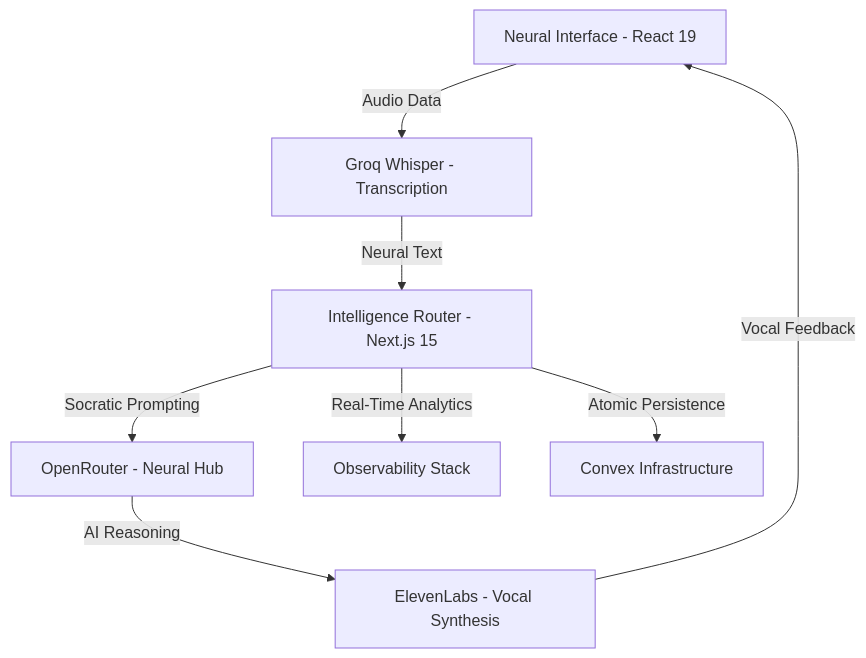
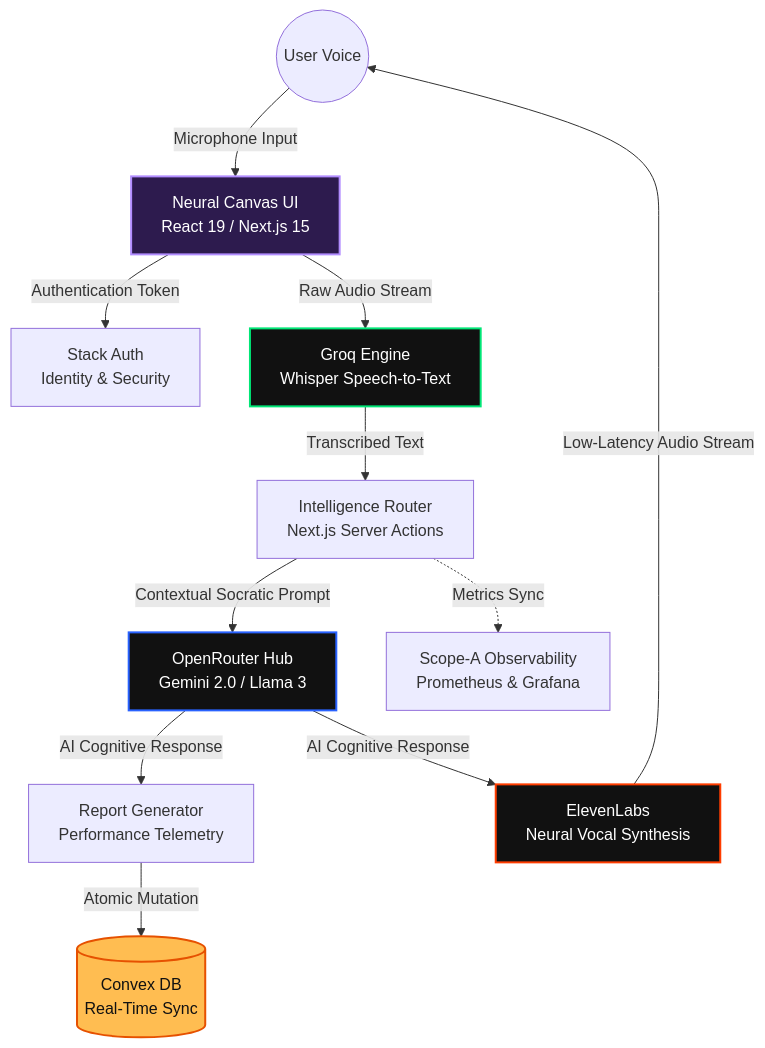
Before and after one commit to shreybansal365/Voce.AI: the diagram in README.md, drawn with Mermaid. The commit also changed other lines of this file, not shown here.

````diff
--- a/README.md
+++ b/README.md
@@ -16,10 +27,30 @@
 ```mermaid
 graph TD
-    A[Neural Interface - React 19] -->|Audio Data| B[Groq Whisper - Transcription]
-    B -->|Neural Text| C[Intelligence Router - Next.js 15]
-    C -->|Socratic Prompting| D[OpenRouter - Neural Hub]
-    D -->|AI Reasoning| E[ElevenLabs - Vocal Synthesis]
-    E -->|Vocal Feedback| A
-    C -->|Real-Time Analytics| F[Observability Stack]
-    C -->|Atomic Persistence| G[Convex Infrastructure]
+    %% User Interaction Layer
+    User((User Voice)) -->|Microphone Input| A[Neural Canvas UI<br/>React 19 / Next.js 15]
+    
+    %% Audio & Identity Pipeline
+    A -->|Authentication Token| Stack[Stack Auth<br/>Identity & Security]
+    A -->|Raw Audio Stream| Groq[Groq Engine<br/>Whisper Speech-to-Text]
+    
+    %% Core Intelligence Engine
+    Groq -->|Transcribed Text| Router[Intelligence Router<br/>Next.js Server Actions]
+    Router -->|Contextual Socratic Prompt| OR[OpenRouter Hub<br/>Gemini 2.0 / Llama 3]
+    
+    %% Synthesis & Analytics Pipeline
+    OR -->|AI Cognitive Response| Feedback[Report Generator<br/>Performance Telemetry]
+    OR -->|AI Cognitive Response| TTS[ElevenLabs<br/>Neural Vocal Synthesis]
+    
+    %% Persistence & Output
+    Feedback -->|Atomic Mutation| Convex[(Convex DB<br/>Real-Time Sync)]
+    TTS -->|Low-Latency Audio Stream| User
+    
+    %% Telemetry
+    Router -.->|Metrics Sync| Obs[Scope-A Observability<br/>Prometheus & Grafana]
+
+    style A fill:#2D1B4E,stroke:#B28DFF,stroke-width:2px,color:#fff
+    style Groq fill:#111,stroke:#00E676,stroke-width:2px,color:#fff
+    style OR fill:#111,stroke:#2962FF,stroke-width:2px,color:#fff
+    style TTS fill:#111,stroke:#FF3D00,stroke-width:2px,color:#fff
+    style Convex fill:#FFBD51,stroke:#E65100,stroke-width:2px,color:#111
 ```
````
